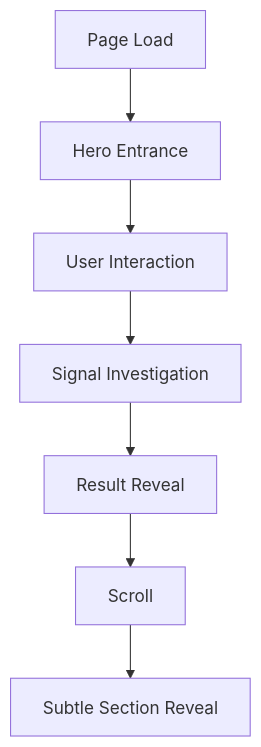
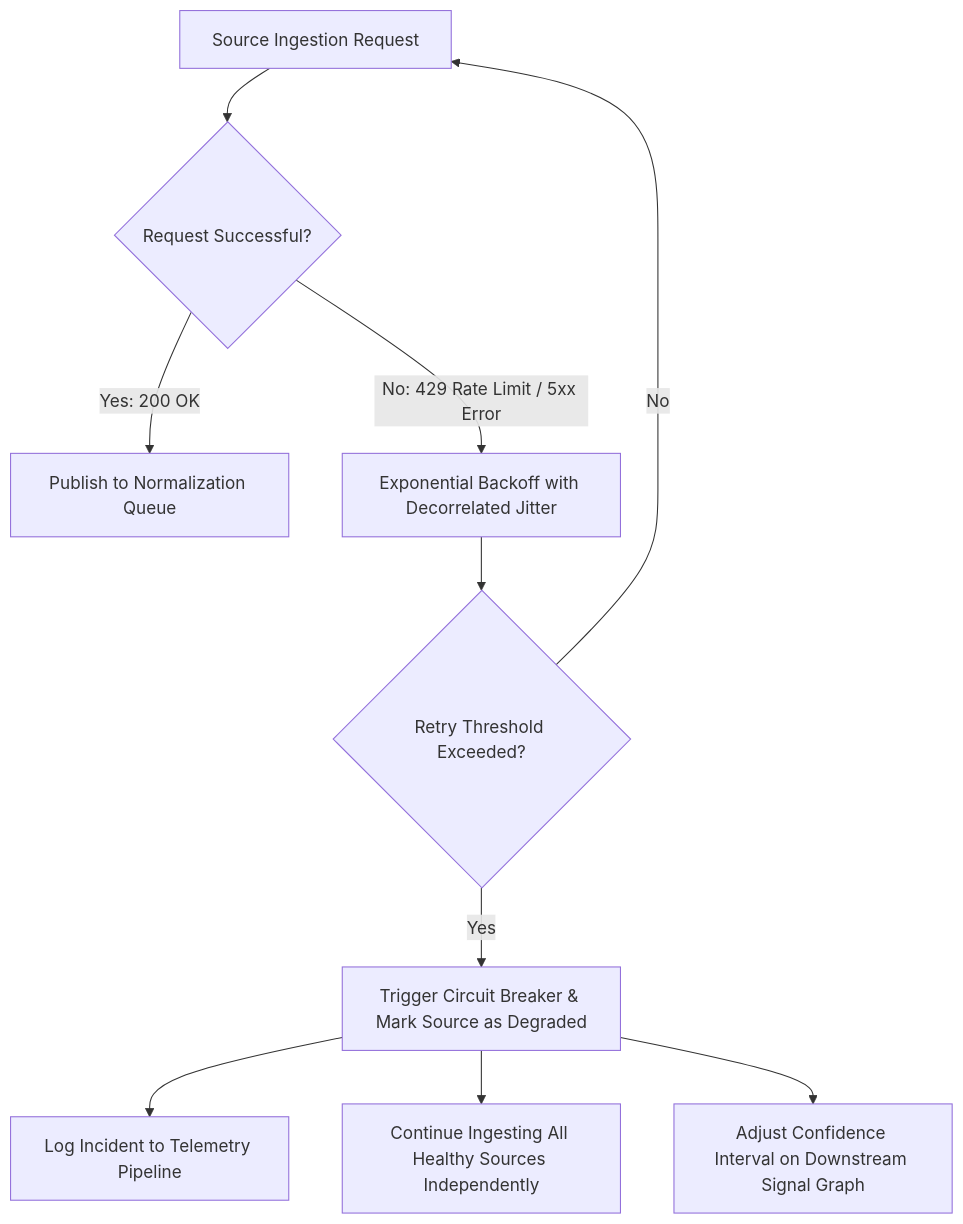
One commit to Yuvraj264/Signal-Acdyon-company- changed the fifth of 7 diagrams in DECISIONS.md. Above: the diagram before and after it, drawn with Mermaid. The commit also changed other lines of this file and 4 other files, not shown here.

````diff
--- a/DECISIONS.md
+++ b/DECISIONS.md
@@ -307,9 +135,12 @@
 ```mermaid
 flowchart TD
-    A[Page Load] --> B[Hero Entrance]
-    B --> C[User Interaction]
-    C --> D[Signal Investigation]
-    D --> E[Result Reveal]
-    E --> F[Scroll]
-    F --> G[Subtle Section Reveal]
+    A[Source Ingestion Request] --> B{Request Successful?}
+    B -->|Yes: 200 OK| C[Publish to Normalization Queue]
+    B -->|No: 429 Rate Limit / 5xx Error| D[Exponential Backoff with Decorrelated Jitter]
+    D --> E{Retry Threshold Exceeded?}
+    E -->|No| A
+    E -->|Yes| F[Trigger Circuit Breaker & Mark Source as Degraded]
+    F --> G[Log Incident to Telemetry Pipeline]
+    F --> H[Continue Ingesting All Healthy Sources Independently]
+    F --> I[Adjust Confidence Interval on Downstream Signal Graph]
 ```
````
